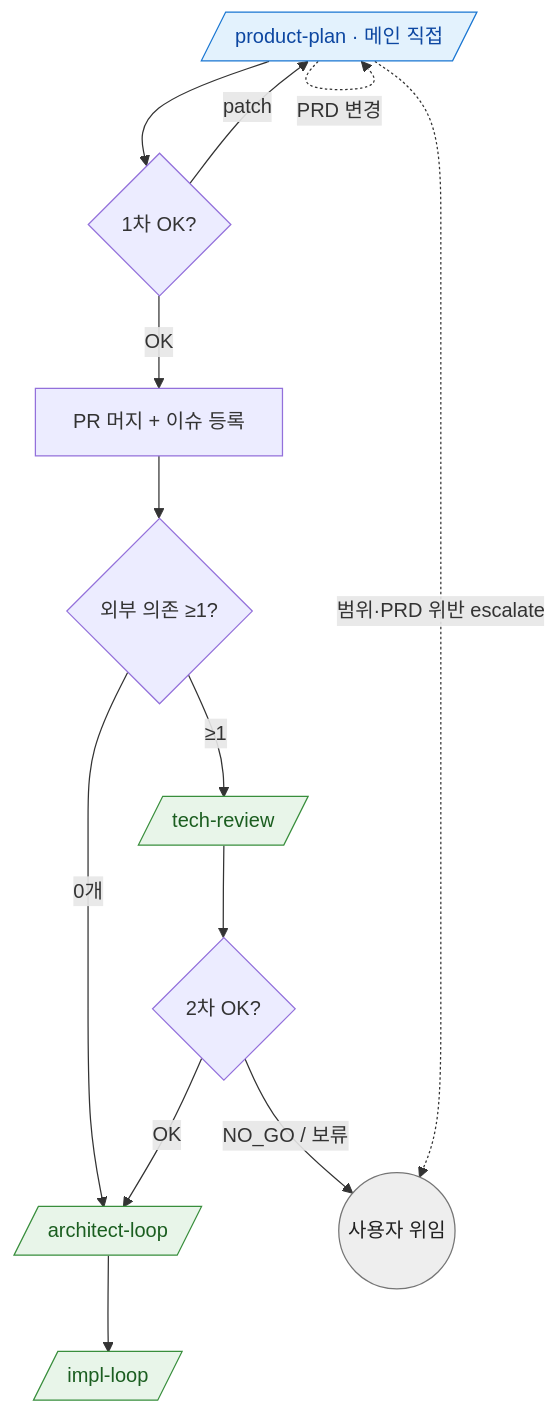
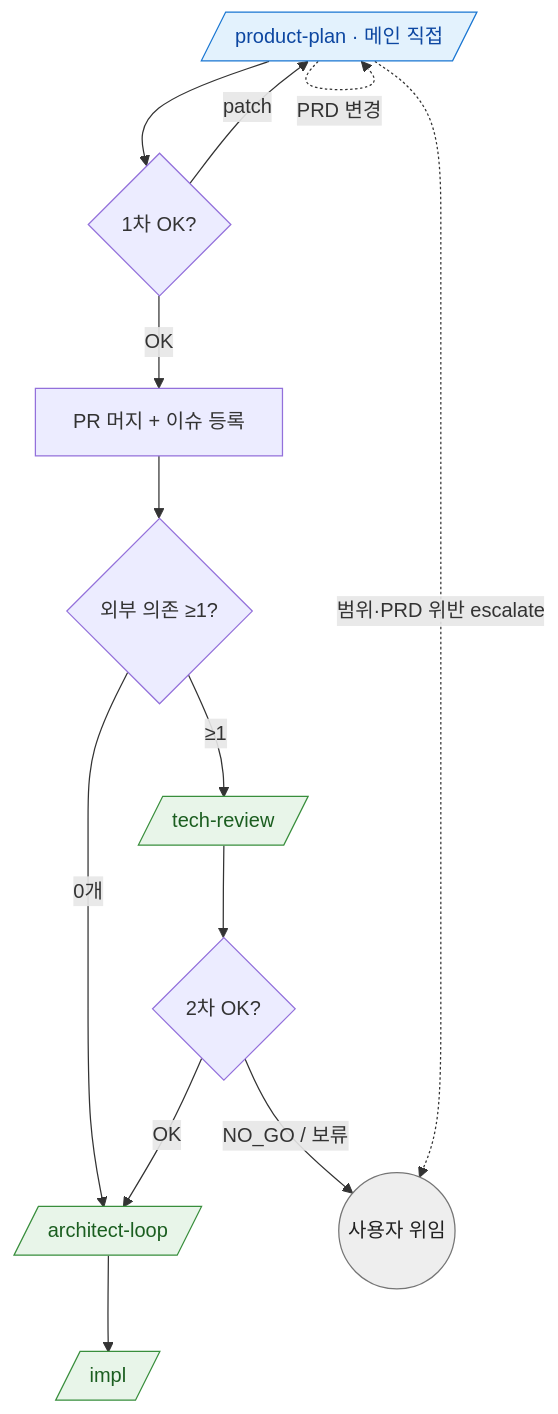
The diagram in skills/product-plan/product-plan-routing.md (Daeguk-Sun/dcNess), drawn with Mermaid before and after one commit. The commit also changed other lines of this file and 31 other files, not shown here.

````diff
--- a/skills/product-plan/product-plan-routing.md
+++ b/skills/product-plan/product-plan-routing.md
@@ -13,22 +13,22 @@
 ```mermaid
 flowchart TB
   PP[/product-plan · 메인 직접/] --> CP1{1차 OK?}
   CP1 -->|patch| PP
   CP1 -->|OK| MERGE[PR 머지 + 이슈 등록]
   MERGE --> DEP{외부 의존 ≥1?}
   DEP -->|0개| AL[/architect-loop/]
   DEP -->|≥1| TR[/tech-review/]
   TR --> CP2{2차 OK?}
   CP2 -->|NO_GO / 보류| U((사용자 위임))
   CP2 -->|OK| AL
-  AL --> IL[/impl-loop/]
+  AL --> SH[/impl/]
   PP -.->|PRD 변경| PP
   PP -.->|범위·PRD 위반 escalate| U
 
   classDef main fill:#e3f2fd,stroke:#1976d2,color:#0d47a1
   classDef next fill:#e8f5e9,stroke:#388e3c,color:#1b5e20
   classDef user fill:#eeeeee,stroke:#757575,color:#212121
   class PP main
-  class TR,AL,IL next
+  class TR,AL,SH next
   class U user
 ```
````
